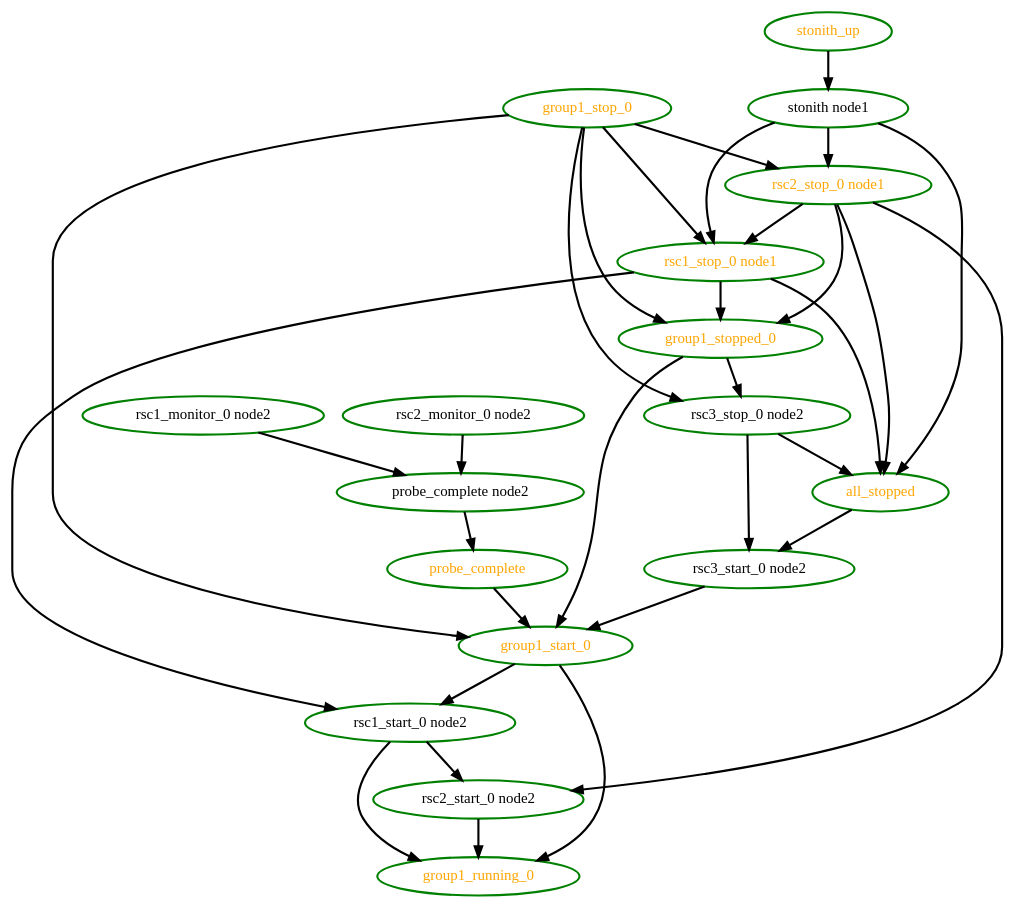
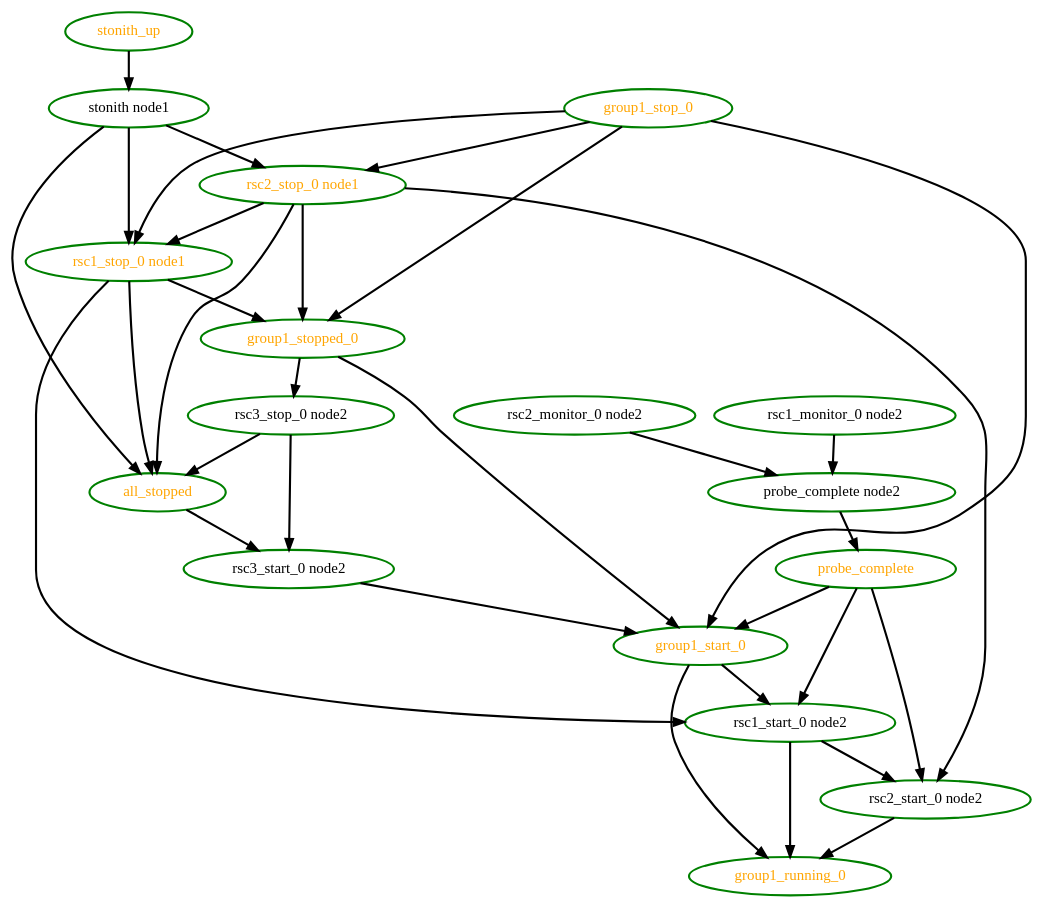
One commit to linux-ha-japan/pm_diskd changed the diagram in pengine/testcases/rec-node-11.dot. Above: the diagram before and after it, drawn with Graphviz. The commit also changed 57 other files, not shown here.

Commit message:
High: PE: Bug PM12, LF1648 - Extensive revision of group ordering * Only recover parts of the group that failed * If only part of the group is being recovered, only send start actions for the   parts being recovered * Added two additional test cases

```diff
--- a/pengine/testcases/rec-node-11.dot
+++ b/pengine/testcases/rec-node-11.dot
@@ -1,50 +1,51 @@
  digraph "g" {
 "all_stopped" -> "rsc3_start_0 node2" [ style = bold]
 "all_stopped" [ style=bold color="green" fontcolor="orange"  ]
 "group1_running_0" [ style=bold color="green" fontcolor="orange" ]
 "group1_start_0" -> "group1_running_0" [ style = bold]
 "group1_start_0" -> "rsc1_start_0 node2" [ style = bold]
 "group1_start_0" [ style=bold color="green" fontcolor="orange" ]
 "group1_stop_0" -> "group1_start_0" [ style = bold]
 "group1_stop_0" -> "group1_stopped_0" [ style = bold]
 "group1_stop_0" -> "rsc1_stop_0 node1" [ style = bold]
 "group1_stop_0" -> "rsc2_stop_0 node1" [ style = bold]
-"group1_stop_0" -> "rsc3_stop_0 node2" [ style = bold]
 "group1_stop_0" [ style=bold color="green" fontcolor="orange" ]
 "group1_stopped_0" -> "group1_start_0" [ style = bold]
 "group1_stopped_0" -> "rsc3_stop_0 node2" [ style = bold]
 "group1_stopped_0" [ style=bold color="green" fontcolor="orange" ]
 "probe_complete node2" -> "probe_complete" [ style = bold]
 "probe_complete node2" [ style=bold color="green" fontcolor="black" ]
 "probe_complete" -> "group1_start_0" [ style = bold]
+"probe_complete" -> "rsc1_start_0 node2" [ style = bold]
+"probe_complete" -> "rsc2_start_0 node2" [ style = bold]
 "probe_complete" [ style=bold color="green" fontcolor="orange" ]
 "rsc1_monitor_0 node2" -> "probe_complete node2" [ style = bold]
 "rsc1_monitor_0 node2" [ style=bold color="green" fontcolor="black" ]
 "rsc1_start_0 node2" -> "group1_running_0" [ style = bold]
 "rsc1_start_0 node2" -> "rsc2_start_0 node2" [ style = bold]
 "rsc1_start_0 node2" [ style=bold color="green" fontcolor="black" ]
 "rsc1_stop_0 node1" -> "all_stopped" [ style = bold]
 "rsc1_stop_0 node1" -> "group1_stopped_0" [ style = bold]
 "rsc1_stop_0 node1" -> "rsc1_start_0 node2" [ style = bold]
 "rsc1_stop_0 node1" [ style=bold color="green" fontcolor="orange" ]
 "rsc2_monitor_0 node2" -> "probe_complete node2" [ style = bold]
 "rsc2_monitor_0 node2" [ style=bold color="green" fontcolor="black" ]
 "rsc2_start_0 node2" -> "group1_running_0" [ style = bold]
 "rsc2_start_0 node2" [ style=bold color="green" fontcolor="black" ]
 "rsc2_stop_0 node1" -> "all_stopped" [ style = bold]
 "rsc2_stop_0 node1" -> "group1_stopped_0" [ style = bold]
 "rsc2_stop_0 node1" -> "rsc1_stop_0 node1" [ style = bold]
 "rsc2_stop_0 node1" -> "rsc2_start_0 node2" [ style = bold]
 "rsc2_stop_0 node1" [ style=bold color="green" fontcolor="orange" ]
 "rsc3_start_0 node2" -> "group1_start_0" [ style = bold]
 "rsc3_start_0 node2" [ style=bold color="green" fontcolor="black" ]
 "rsc3_stop_0 node2" -> "all_stopped" [ style = bold]
 "rsc3_stop_0 node2" -> "rsc3_start_0 node2" [ style = bold]
 "rsc3_stop_0 node2" [ style=bold color="green" fontcolor="black" ]
 "stonith node1" -> "all_stopped" [ style = bold]
 "stonith node1" -> "rsc1_stop_0 node1" [ style = bold]
 "stonith node1" -> "rsc2_stop_0 node1" [ style = bold]
 "stonith node1" [ style=bold color="green" fontcolor="black" ]
 "stonith_up" -> "stonith node1" [ style = bold]
 "stonith_up" [ style=bold color="green" fontcolor="orange"  ]
 }
```
